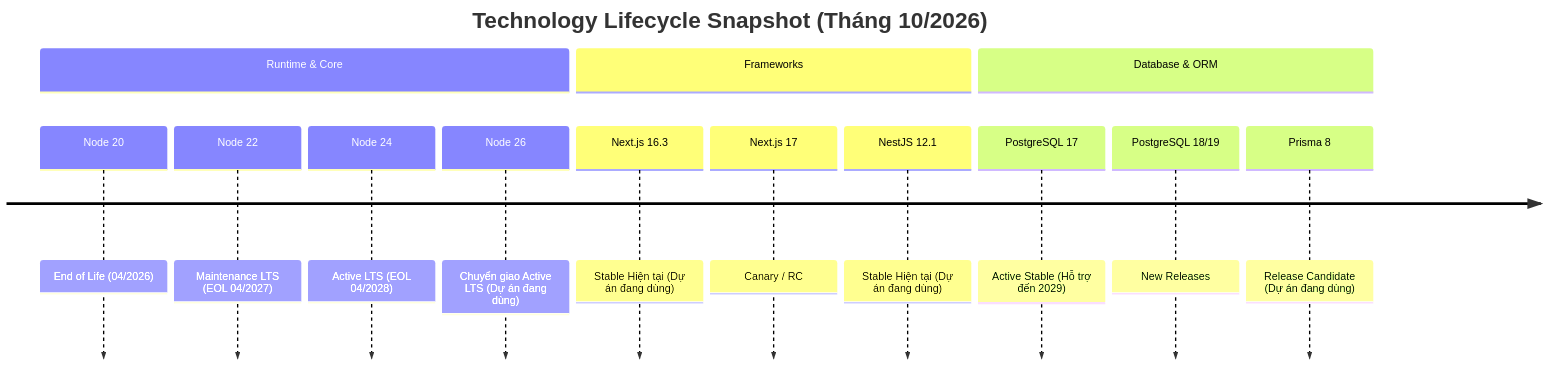
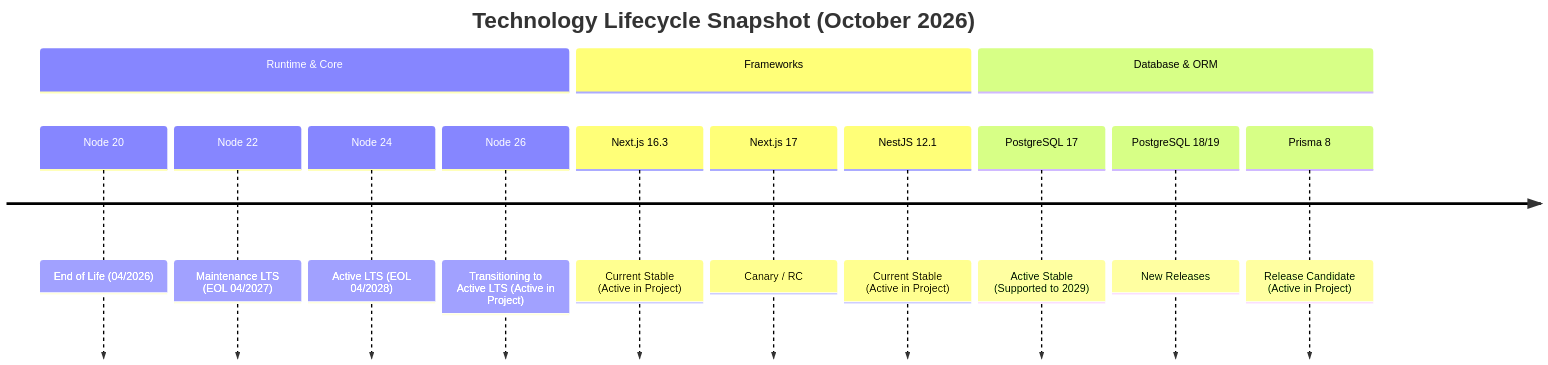
Before and after one commit to ntuan2502/haihire: the diagram in docs/audits/phase-15a-stack-version-report.md, drawn with Mermaid. The commit also changed other lines of this file and 58 other files, not shown here.

````diff
--- a/docs/audits/phase-15a-stack-version-report.md
+++ b/docs/audits/phase-15a-stack-version-report.md
@@ -113,17 +113,17 @@
 ```mermaid
 timeline
-    title Technology Lifecycle Snapshot (Tháng 10/2026)
+    title Technology Lifecycle Snapshot (October 2026)
     section Runtime & Core
         Node 20 : End of Life (04/2026)
         Node 22 : Maintenance LTS (EOL 04/2027)
         Node 24 : Active LTS (EOL 04/2028)
-        Node 26 : Chuyển giao Active LTS (Dự án đang dùng)
+        Node 26 : Transitioning to Active LTS (Active in Project)
     section Frameworks
-        Next.js 16.3 : Stable Hiện tại (Dự án đang dùng)
+        Next.js 16.3 : Current Stable (Active in Project)
         Next.js 17 : Canary / RC
-        NestJS 12.1 : Stable Hiện tại (Dự án đang dùng)
+        NestJS 12.1 : Current Stable (Active in Project)
     section Database & ORM
-        PostgreSQL 17 : Active Stable (Hỗ trợ đến 2029)
+        PostgreSQL 17 : Active Stable (Supported to 2029)
         PostgreSQL 18/19 : New Releases
-        Prisma 8 : Release Candidate (Dự án đang dùng)
+        Prisma 8 : Release Candidate (Active in Project)
 ```
````
